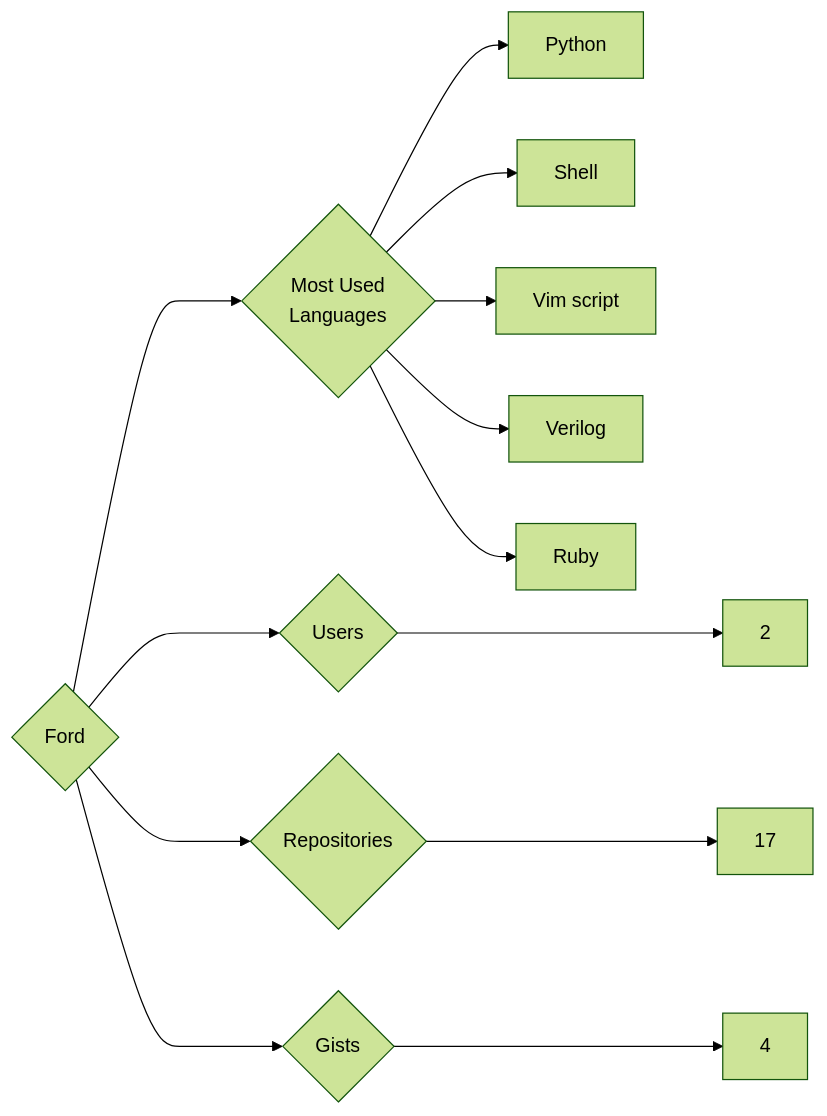
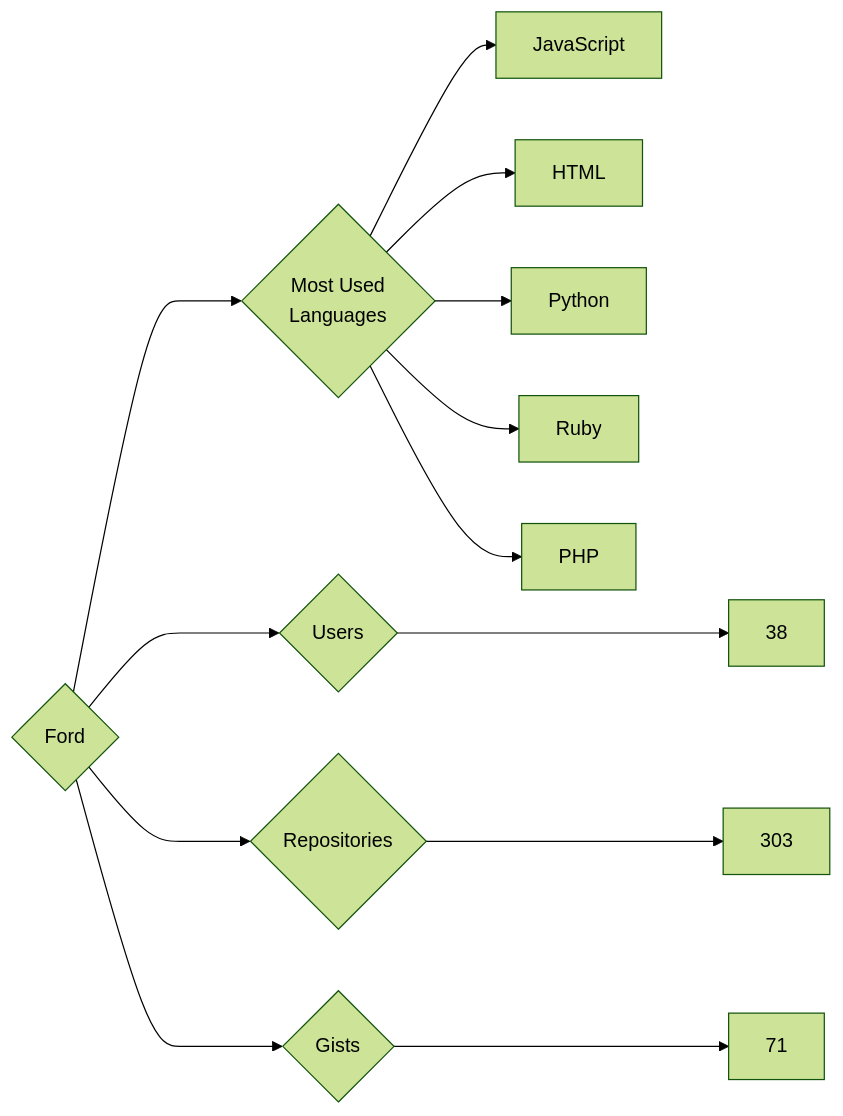
Before and after one commit to trickest/insiders: the diagram in targets/Ford/README.md, drawn with Mermaid (forest theme). The commit also changed 916 other files, not shown here.

````diff
--- a/targets/Ford/README.md
+++ b/targets/Ford/README.md
@@ -3,13 +3,13 @@
 ```mermaid
 graph LR
 COMPANY_NAME{Ford}
-COMPANY_NAME ---> U{Users} ---> UN[2]
-COMPANY_NAME ---> R{Repositories} ---> RN[17]
-COMPANY_NAME ---> G{Gists} ---> GN[4]
+COMPANY_NAME ---> U{Users} ---> UN[38]
+COMPANY_NAME ---> R{Repositories} ---> RN[303]
+COMPANY_NAME ---> G{Gists} ---> GN[71]
 COMPANY_NAME ---> ML{Most Used<br>Languages}
+ML --> JavaScript[JavaScript]
+ML --> HTML[HTML]
 ML --> Python[Python]
-ML --> Shell[Shell]
-ML --> Vim_script[Vim script]
-ML --> Verilog[Verilog]
 ML --> Ruby[Ruby]
+ML --> PHP[PHP]
 ```
````
